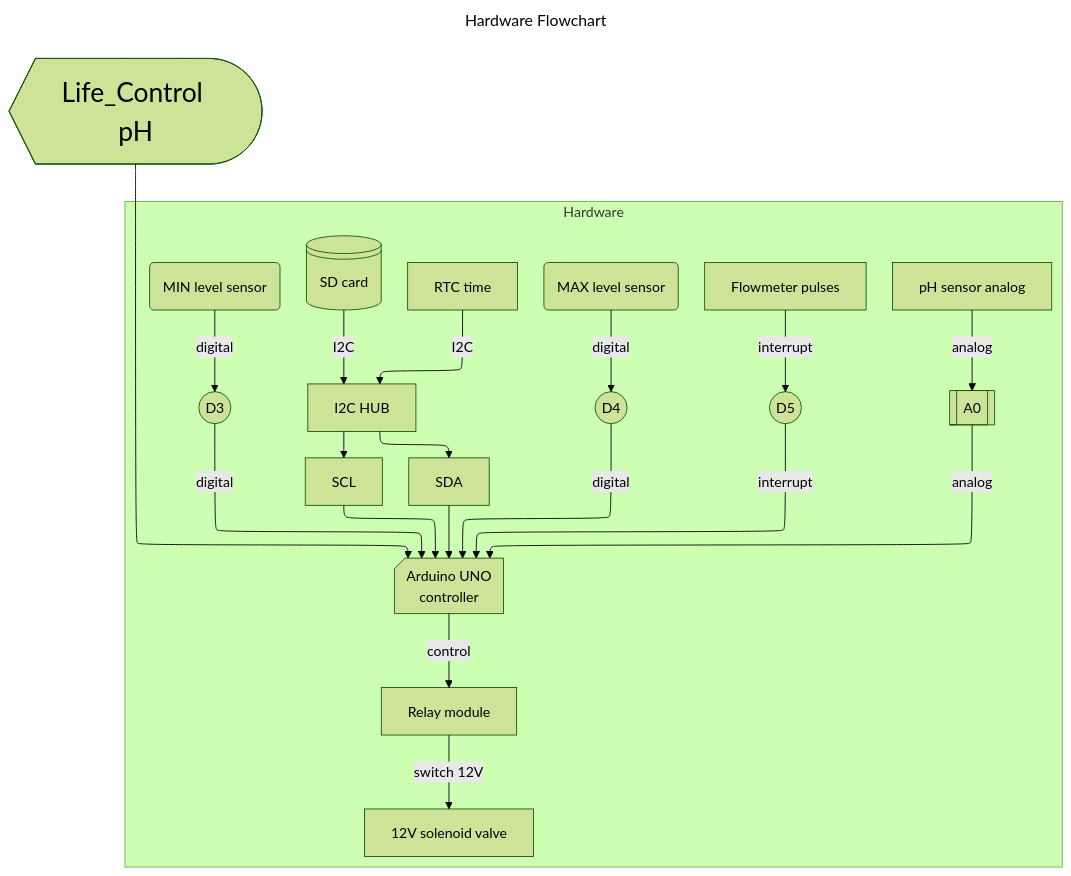
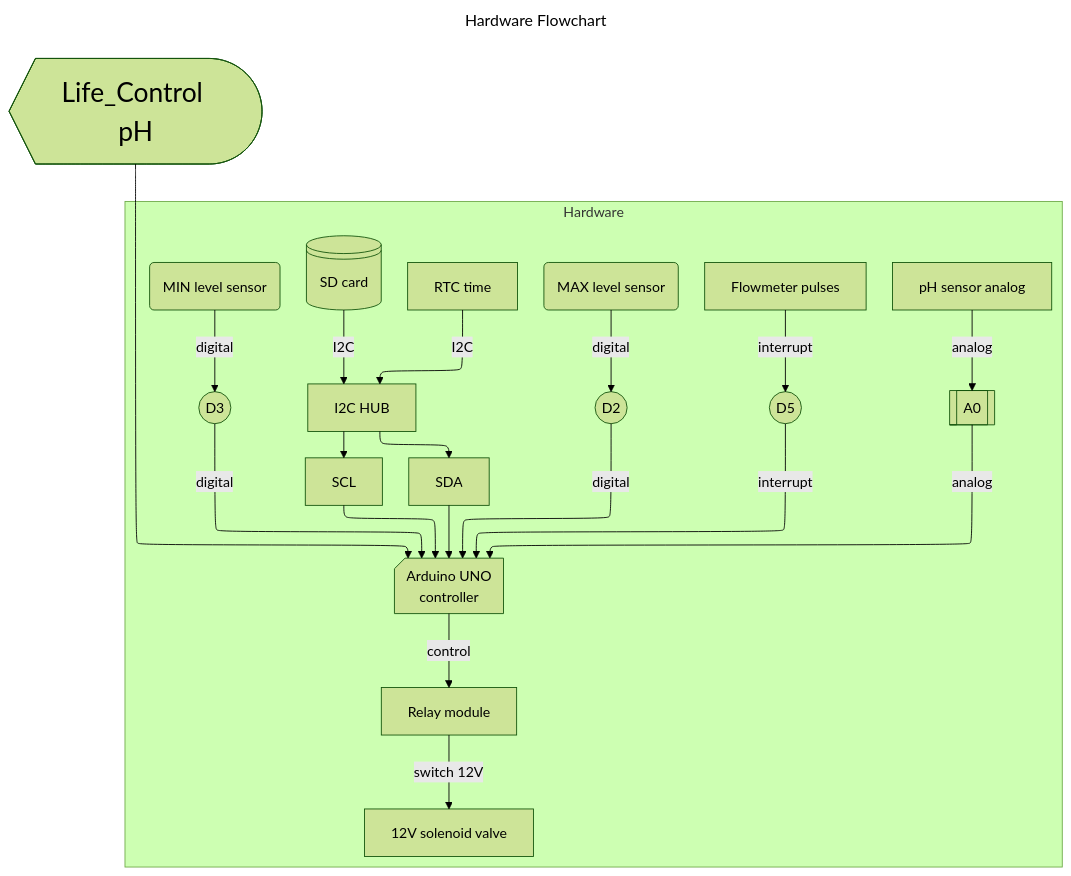
One commit to Mvil34998/Colant-automation changed the diagram in Documentation/Coolant_Hardware_ultra.mmd. Above: the diagram before and after it, drawn with Mermaid (forest theme). The commit also changed 7 other files, not shown here.

```diff
--- a/Documentation/Coolant_Hardware_ultra.mmd
+++ b/Documentation/Coolant_Hardware_ultra.mmd
@@ -1,65 +1,65 @@
 ---
 title: Hardware Flowchart
 config:
   layout: elk
   elk:
     mergeEdges: true
     nodePlacementStrategy: LINEAR_SEGMENTS
 ---
 
 flowchart
 %%Analog in
     A0[[A0]]
     %%A1[[A1]]
     %%A2[[A2]]
     %%A3[[A3]]
     %%A4[[A4]]
     %%A5[[A5]]
 %%Digital in
     %%D1((D1))
-    %%D2((D2))
+    D2((D2))
     D3((D3))
-    D4((D4))
+    %%D4((D4))
     D5((D5))
     %%D6((D6))
     %%D7((D7))
     %%D8((D8))
     %%D9((D9))
     %%D10((D10))
     %%D11((D11))
     %%D12((D12))
     SDA[SDA]
     SCL[SCL]
 MCU@{shape: card ,label: "Arduino UNO\ncontroller"}
 HWMIN@{shape: event ,label: "MIN level sensor"}
 HWMAX@{shape: event ,label: "MAX level sensor"}
 HWSD@{shape: disk ,label: "SD card"}
 HWFLOW@{shape: ,label: "Flowmeter pulses"}
 HWPH@{shape: ,label: "pH sensor analog"}
 HWRTC@{shape: ,label: "RTC time"}
 I2C@{shape: ,label: "I2C HUB"}
 HWRELAY@{shape: ,label: "Relay module"}
 HWVALVE@{shape: ,label: "12V solenoid valve"}
 subgraph Hardware
         HWMIN -->|digital| D3
         D3-->|digital| MCU
-        HWMAX -->|digital| D4
-        D4 -->|digital| MCU
+        HWMAX -->|digital| D2
+        D2 -->|digital| MCU
         HWFLOW -->|interrupt| D5
         D5 -->|interrupt| MCU
         HWPH -->|analog| A0
         A0 -->|analog| MCU
         HWRTC -->|I2C|I2C
         HWSD -->|I2C| I2C
         
         MCU -->|control| HWRELAY
         HWRELAY -->|switch 12V| HWVALVE
         I2C --> SDA
         I2C --> SCL
         SDA --> MCU
         SCL --> MCU
     end
 classDef big font-size:30px;
 LG7@{shape: curv-trap ,label: "Life_Control pH"} 
     class LG7 big;
     LG7 --> MCU
```
